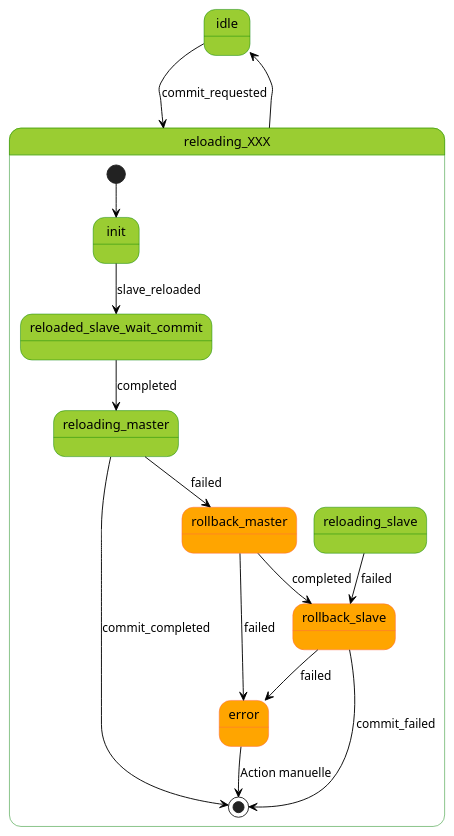
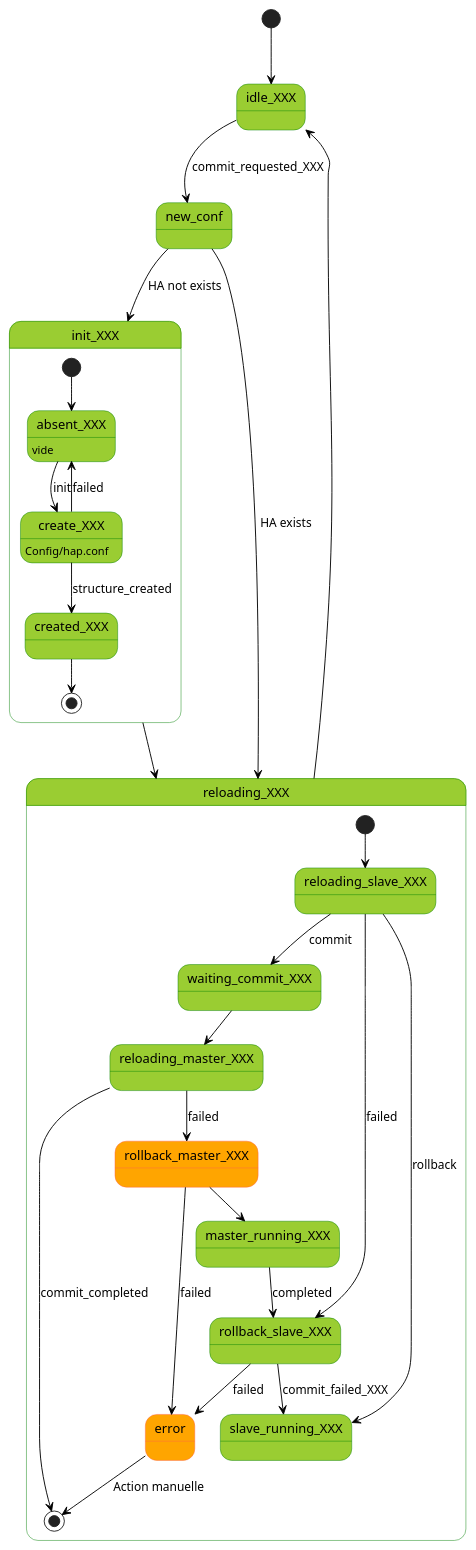
Before and after one commit to voyages-sncf-technologies/strowgr: the diagram in docs/HA_states.puml, drawn with PlantUML. The commit also changed 2 other files, not shown here.

```diff
--- a/docs/HA_states.puml
+++ b/docs/HA_states.puml
@@ -1,33 +1,62 @@
 @startuml
 skinparam state {
   BackgroundColor YellowGreen
   BorderColor Green
   ArrowColor Black
 
   BackgroundColor<<Error>> Orange
   BorderColor<<Error>> Tomato
 
   BackgroundColor<<Fatal>> Red
 }
+[*] --> idle_XXX
+idle_XXX --> new_conf : commit_requested_XXX
+new_conf --> init_XXX : HA not exists
+new_conf --> reloading_XXX : HA exists
 
-idle --> reloading_XXX : commit_requested
+state init_XXX{
+
+  [*] --> absent_XXX
+  absent_XXX: vide
+  absent_XXX --> create_XXX : init
+
+  create_XXX: Config/hap.conf
+  create_XXX --> absent_XXX: failed
+  create_XXX --> created_XXX: structure_created
+
+  created_XXX --> [*]
+}
+init_XXX --> reloading_XXX
+
+'present_A --> loading_B: commit_requested
+'loading_B --> rollingback_B:ack_not_received
+'loading_B --> waiting_ack_B : reloaded_ok
+'
+'waiting_ack_B --> present_B : ack_ok
+'rollingback_B --> present_A: rollback_ok
+
 state reloading_XXX{
 
-  [*] --> init
-  init --> reloaded_slave_wait_commit : slave_reloaded
-  reloaded_slave_wait_commit --> reloading_master : completed
-  reloading_slave --> rollback_slave <<Error>> : failed
+  [*] --> reloading_slave_XXX
 
-  reloading_master --> [*] : commit_completed
-  reloading_master --> rollback_master <<Error>> : failed
+  reloading_slave_XXX --> waiting_commit_XXX : commit
+  reloading_slave_XXX --> slave_running_XXX : rollback
 
-  rollback_slave --> [*] : commit_failed
-  rollback_slave --> error : failed
+  waiting_commit_XXX --> reloading_master_XXX
 
-  rollback_master --> error<<Error>> : failed
-  rollback_master --> rollback_slave : completed
+  reloading_slave_XXX --> rollback_slave_XXX<<Erro>> : failed
+
+  reloading_master_XXX --> [*] : commit_completed
+  reloading_master_XXX --> rollback_master_XXX <<Error>> : failed
+
+  rollback_slave_XXX --> slave_running_XXX : commit_failed_XXX
+  rollback_slave_XXX --> error : failed
+
+  rollback_master_XXX --> master_running_XXX
+  rollback_master_XXX --> error<<Error>> : failed
+  master_running_XXX --> rollback_slave_XXX : completed
 
   error --> [*] : Action manuelle
 }
-reloading_XXX --> idle
+reloading_XXX --> idle_XXX
 @enduml
```
